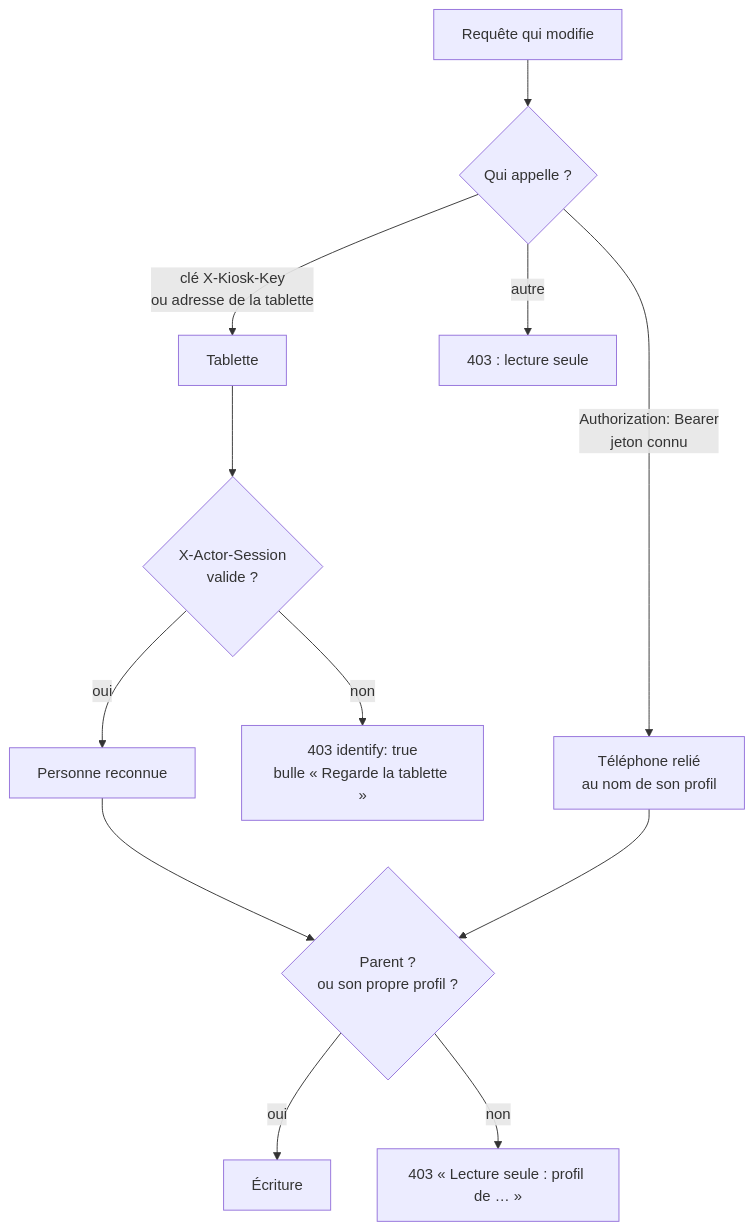
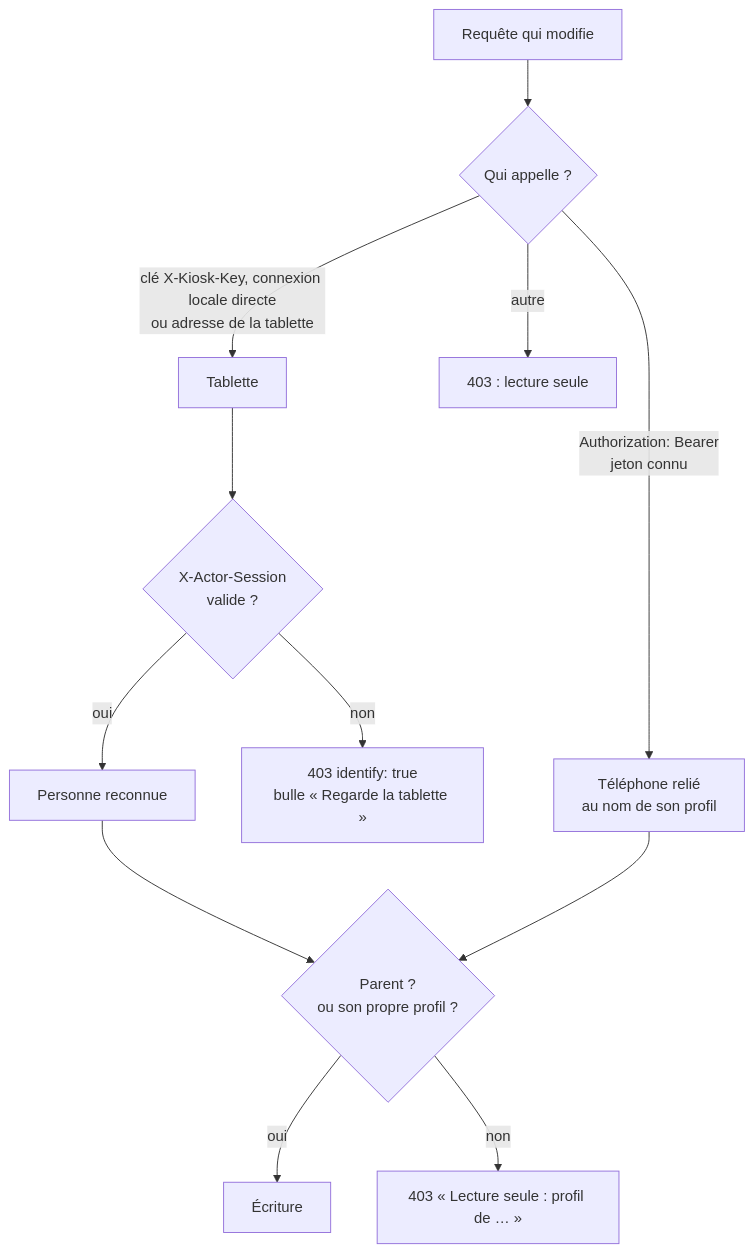
One commit to DeafLight/homehub changed the fifth of 11 diagrams in docs/architecture.md. Above: the diagram before and after it, drawn with Mermaid. The commit also changed other lines of this file and 18 other files, not shown here.

````diff
--- a/docs/architecture.md
+++ b/docs/architecture.md
@@ -236,14 +236,14 @@
 ```mermaid
 flowchart TD
   req["Requête qui modifie"] --> qui{"Qui appelle ?"}
-  qui -- "clé X-Kiosk-Key<br/>ou adresse de la tablette" --> tab["Tablette"]
+  qui -- "clé X-Kiosk-Key, connexion locale directe<br/>ou adresse de la tablette" --> tab["Tablette"]
   qui -- "Authorization: Bearer<br/>jeton connu" --> phone["Téléphone relié<br/>au nom de son profil"]
   qui -- "autre" --> lecture["403 : lecture seule"]
   tab --> session{"X-Actor-Session<br/>valide ?"}
   session -- non --> identify["403 identify: true<br/>bulle « Regarde la tablette »"]
   session -- oui --> acteur["Personne reconnue"]
   acteur --> droit{"Parent ?<br/>ou son propre profil ?"}
   phone --> droit
   droit -- oui --> ok["Écriture"]
   droit -- non --> ro["403 « Lecture seule : profil de … »"]
 ```
````
